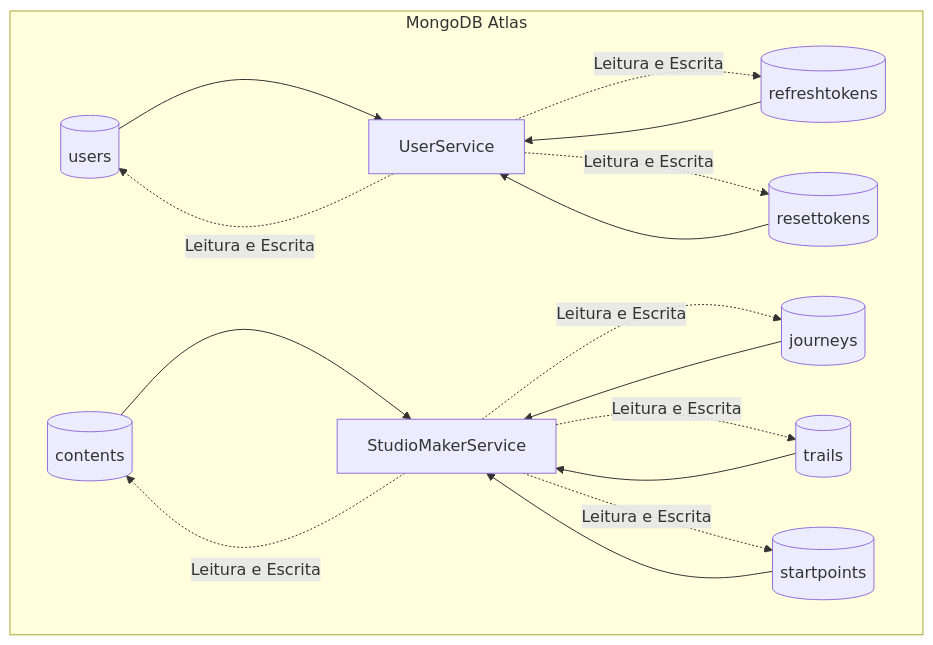
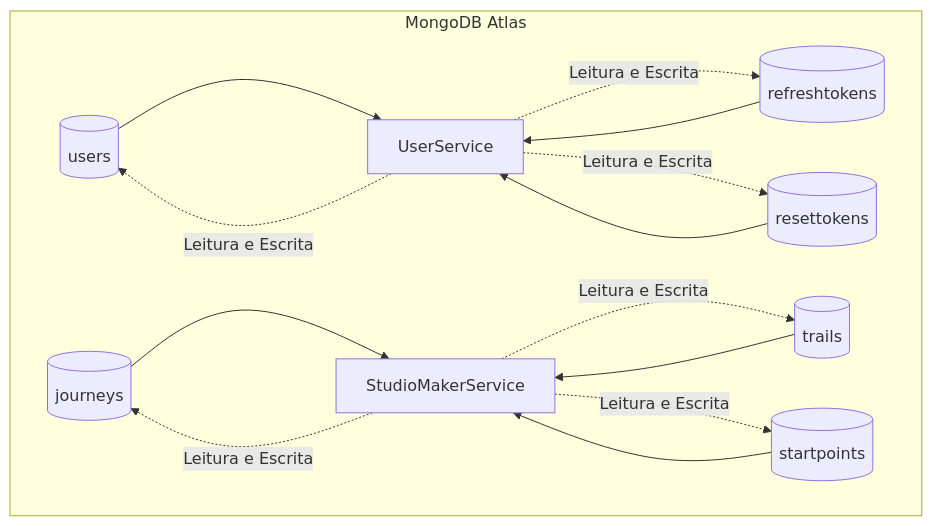
One commit to fga-eps-mds/2024.1-CALCULUS-DOC changed the fifth of 7 diagrams in docs/organizacoes/visao-de-dados.md. Above: the diagram before and after it, drawn with Mermaid. The commit also changed other lines of this file, not shown here.

````diff
--- a/docs/organizacoes/visao-de-dados.md
+++ b/docs/organizacoes/visao-de-dados.md
@@ -256,22 +306,20 @@
 ```mermaid
 flowchart TD
     subgraph MongoDB Atlas
         D[(users)] --> B[UserService]
         E[(refreshtokens)] --> B
         F[(resettokens)] --> B
         
-        G[(contents)] --> C[StudioMakerService]
-        H[(journeys)] --> C
+        H[(journeys)] --> C[StudioMakerService]
         I[(trails)] --> C
         J[(startpoints)] --> C
     end
     
     B -.->|Leitura e Escrita| D
     B -.->|Leitura e Escrita| E
     B -.->|Leitura e Escrita| F
     
-    C -.->|Leitura e Escrita| G
     C -.->|Leitura e Escrita| H
     C -.->|Leitura e Escrita| I
     C -.->|Leitura e Escrita| J
 ```
````
